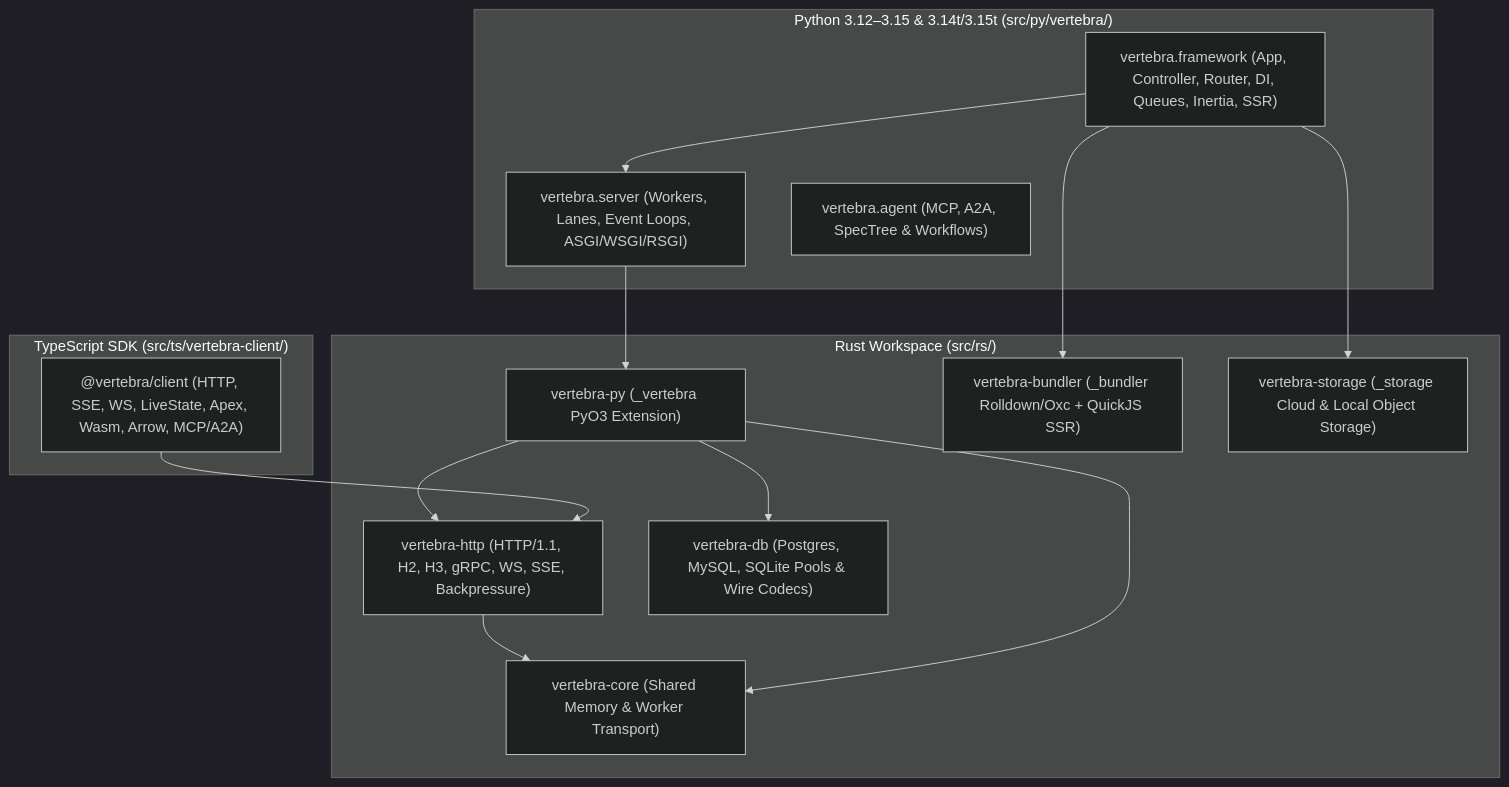
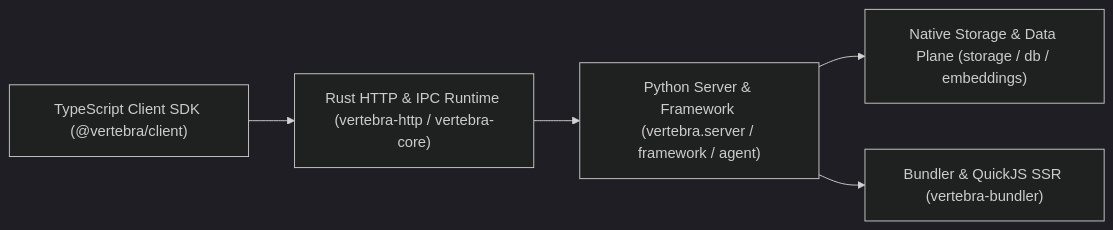
One commit to cofin/vertebra changed the diagram in docs/architecture/index.md. Above: the diagram before and after it, drawn with Mermaid (dark theme). The commit also changed 273 other files, not shown here.

````diff
--- a/docs/architecture/index.md
+++ b/docs/architecture/index.md
@@ -7,31 +7,13 @@
 ```mermaid
-flowchart TD
-    subgraph Rust["Rust Workspace (src/rs/)"]
-        Core["vertebra-core (Shared Memory & Worker Transport)"]
-        Http["vertebra-http (HTTP/1.1, H2, H3, gRPC, WS, SSE, Backpressure)"]
-        Py["vertebra-py (_vertebra PyO3 Extension)"]
-        Bundler["vertebra-bundler (_bundler Rolldown/Oxc + QuickJS SSR)"]
-        Storage["vertebra-storage (_storage Cloud & Local Object Storage)"]
-        Db["vertebra-db (Postgres, MySQL, SQLite Pools & Wire Codecs)"]
-    end
+flowchart LR
+    Client["TypeScript Client SDK (@vertebra/client)"]
+    Ingress["Rust HTTP & IPC Runtime (vertebra-http / vertebra-core)"]
+    Framework["Python Server & Framework (vertebra.server / framework / agent)"]
+    Data["Native Storage & Data Plane (storage / db / embeddings)"]
+    Bundler["Bundler & QuickJS SSR (vertebra-bundler)"]
 
-    subgraph Python["Python 3.12–3.15 & 3.14t/3.15t (src/py/vertebra/)"]
-        Server["vertebra.server (Workers, Lanes, Event Loops, ASGI/WSGI/RSGI)"]
-        Framework["vertebra.framework (App, Controller, Router, DI, Queues, Inertia, SSR)"]
-        Agent["vertebra.agent (MCP, A2A, SpecTree & Workflows)"]
-    end
-
-    subgraph TS["TypeScript SDK (src/ts/vertebra-client/)"]
-        Client["@vertebra/client (HTTP, SSE, WS, LiveState, Apex, Wasm, Arrow, MCP/A2A)"]
-    end
-
-    Http --> Core
-    Py --> Core
-    Py --> Http
-    Py --> Db
-    Server --> Py
-    Framework --> Server
+    Client --> Ingress
+    Ingress --> Framework
+    Framework --> Data
     Framework --> Bundler
-    Framework --> Storage
-    Client --> Http
 ```
````
